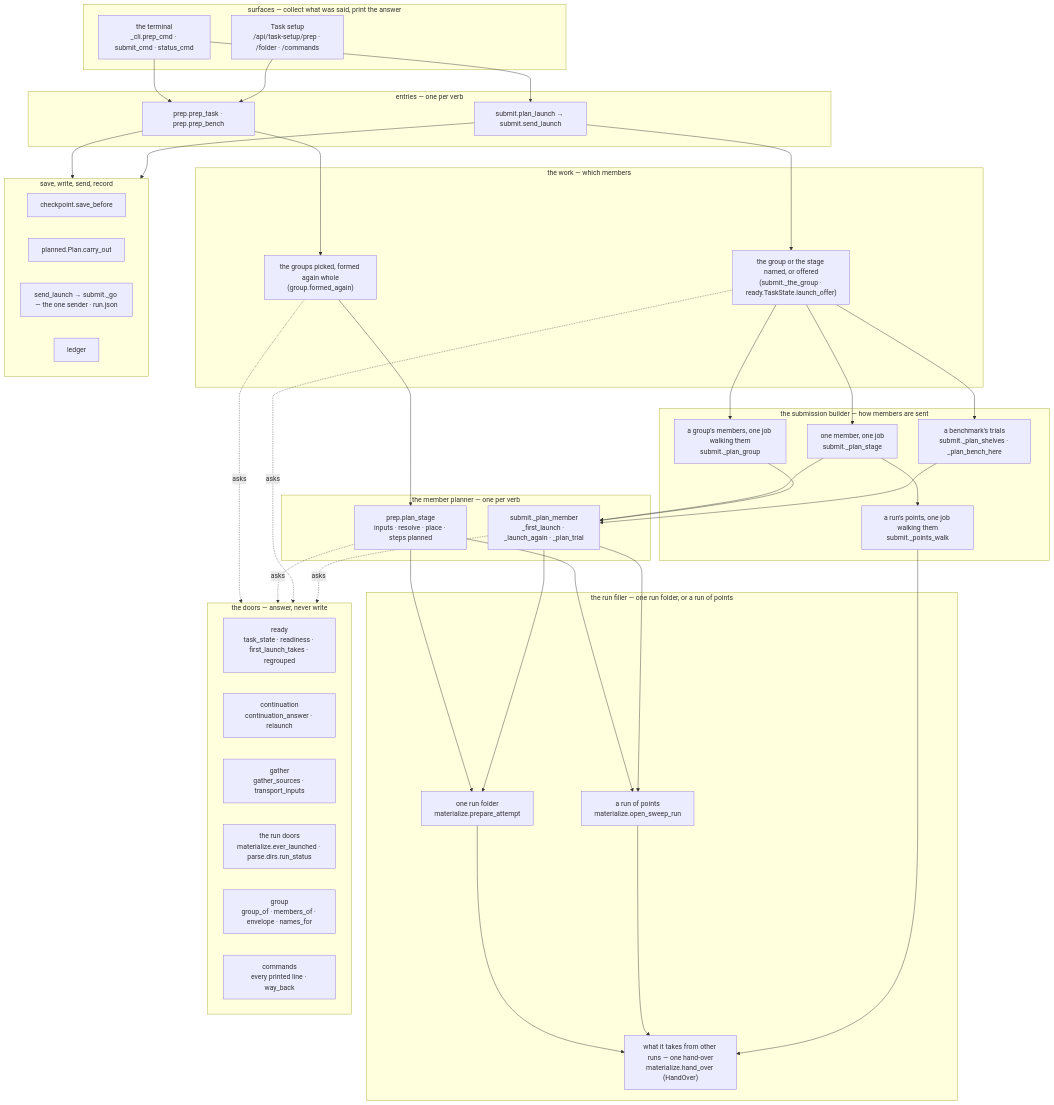
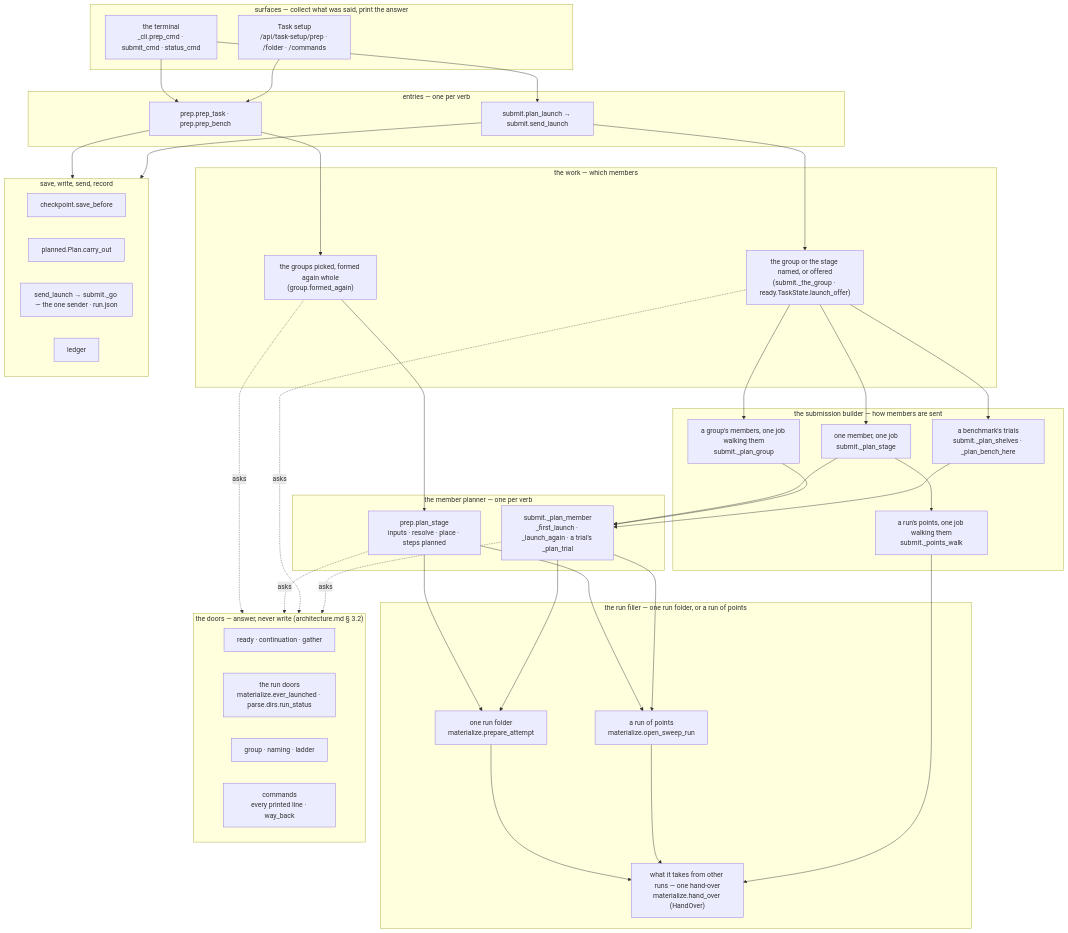
Before and after one commit to Qing-LAB/molbuilder: diagram 11 of 13 in docs/execution/job-system.md, drawn with Mermaid. The commit also changed other lines of this file and 30 other files, not shown here.

````diff
--- a/docs/execution/job-system.md
+++ b/docs/execution/job-system.md
@@ -3349,58 +2467,56 @@
 ```mermaid
 flowchart TB
     subgraph S["surfaces — collect what was said, print the answer"]
         CLI["the terminal<br/>_cli.prep_cmd · submit_cmd · status_cmd"]
         WEB["Task setup<br/>/api/task-setup/prep · /folder · /commands"]
     end
     subgraph E["entries — one per verb"]
         PE["prep.prep_task · prep.prep_bench"]
         LE["submit.plan_launch → submit.send_launch"]
     end
     subgraph W["the work — which members"]
         PW["the groups picked, formed again whole<br/>(group.formed_again)"]
         LW["the group or the stage named, or offered<br/>(submit._the_group · ready.TaskState.launch_offer)"]
     end
     subgraph M["the member planner — one per verb"]
         PM["prep.plan_stage<br/>inputs · resolve · place · steps planned"]
-        LM["submit._plan_member<br/>_first_launch · _launch_again · _plan_trial"]
+        LM["submit._plan_member<br/>_first_launch · _launch_again · a trial's _plan_trial"]
     end
     subgraph F["the run filler — one run folder, or a run of points"]
         F1["one run folder<br/>materialize.prepare_attempt"]
         F2["a run of points<br/>materialize.open_sweep_run"]
         F3["what it takes from other runs — one hand-over<br/>materialize.hand_over (HandOver)"]
     end
     subgraph B["the submission builder — how members are sent"]
         B1["one member, one job<br/>submit._plan_stage"]
         B2["a group's members, one job walking them<br/>submit._plan_group"]
         B3["a run's points, one job walking them<br/>submit._points_walk"]
         B4["a benchmark's trials<br/>submit._plan_shelves · _plan_bench_here"]
     end
     subgraph X["save, write, send, record"]
         SV["checkpoint.save_before"]
         PL["planned.Plan.carry_out"]
         GO["send_launch → submit._go — the one sender · run.json"]
         LG["ledger"]
     end
-    subgraph D["the doors — answer, never write"]
-        RD["ready<br/>task_state · readiness · first_launch_takes · regrouped"]
-        CD["continuation<br/>continuation_answer · relaunch"]
-        GD["gather<br/>gather_sources · transport_inputs"]
+    subgraph D["the doors — answer, never write (architecture.md § 3.2)"]
+        RD["ready · continuation · gather"]
         RU["the run doors<br/>materialize.ever_launched · parse.dirs.run_status"]
-        GR["group<br/>group_of · members_of · envelope · names_for"]
+        GR["group · naming · ladder"]
         CM["commands<br/>every printed line · way_back"]
     end
     CLI --> PE & LE
     WEB --> PE
     PE --> PW --> PM --> F1 & F2
     LE --> LW --> B1 & B2 & B4
     B1 & B2 & B4 --> LM --> F1 & F2
     F1 & F2 --> F3
     B1 --> B3
     B3 --> F3
     PE --> X
     LE --> X
     PW -.asks.-> D
     PM -.asks.-> D
     LW -.asks.-> D
     LM -.asks.-> D
 ```
````
